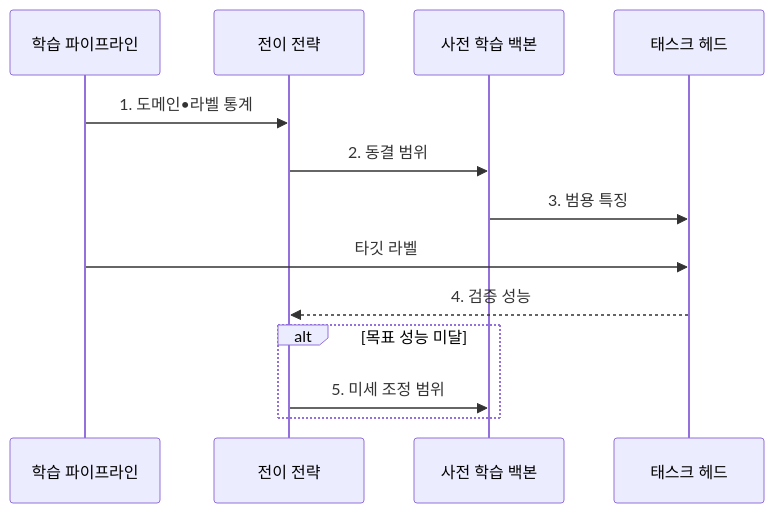
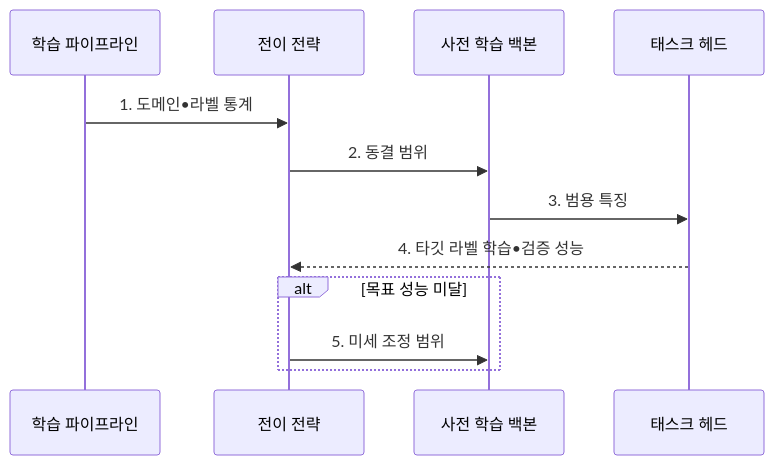
The second of 2 diagrams in src/content/docs/notes/01-basic-theory/047_transfer_learning.md (agnusdei1207/knowledge-base), drawn with Mermaid before and after one commit. The commit also changed other lines of this file and 19 other files, not shown here.

````diff
--- a/src/content/docs/notes/01-basic-theory/047_transfer_learning.md
+++ b/src/content/docs/notes/01-basic-theory/047_transfer_learning.md
@@ -79,15 +79,14 @@
 ```mermaid
 sequenceDiagram
     participant P as 학습 파이프라인
     participant F as 전이 전략
     participant B as 사전 학습 백본
     participant H as 태스크 헤드
     P->>F: 1. 도메인•라벨 통계
     F->>B: 2. 동결 범위
     B->>H: 3. 범용 특징
-    P->>H: 타깃 라벨
-    H-->>F: 4. 검증 성능
+    H-->>F: 4. 타깃 라벨 학습•검증 성능
     alt 목표 성능 미달
         F->>B: 5. 미세 조정 범위
     end
 ```
````
